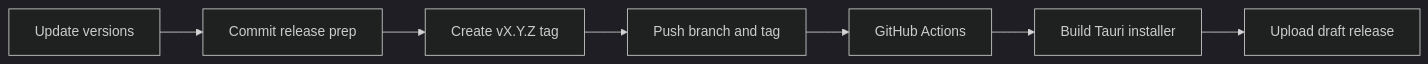
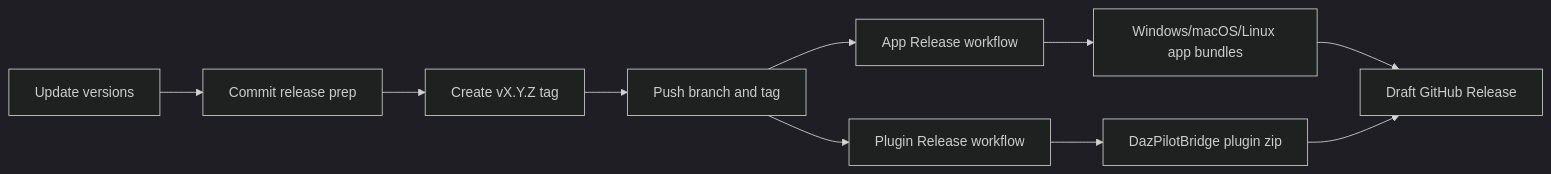
The diagram in docs/RELEASE_GUIDE.md (millsydotdev/DAZPilot), drawn with Mermaid (dark theme) before and after one commit. The commit also changed other lines of this file and 14 other files, not shown here.

Commit message:
feat: complete premium chat input console and tauri integration workflow

````diff
--- a/docs/RELEASE_GUIDE.md
+++ b/docs/RELEASE_GUIDE.md
@@ -7,9 +9,12 @@
 ```mermaid
 flowchart LR
   Version["Update versions"] --> Commit["Commit release prep"]
   Commit --> Tag["Create vX.Y.Z tag"]
   Tag --> Push["Push branch and tag"]
-  Push --> Actions["GitHub Actions"]
-  Actions --> Build["Build Tauri installer"]
-  Build --> Draft["Upload draft release"]
+  Push --> App["App Release workflow"]
+  Push --> Plugin["Plugin Release workflow"]
+  App --> Bundles["Windows/macOS/Linux app bundles"]
+  Plugin --> Bridge["DazPilotBridge plugin zip"]
+  Bundles --> Draft["Draft GitHub Release"]
+  Bridge --> Draft
 ```
````
